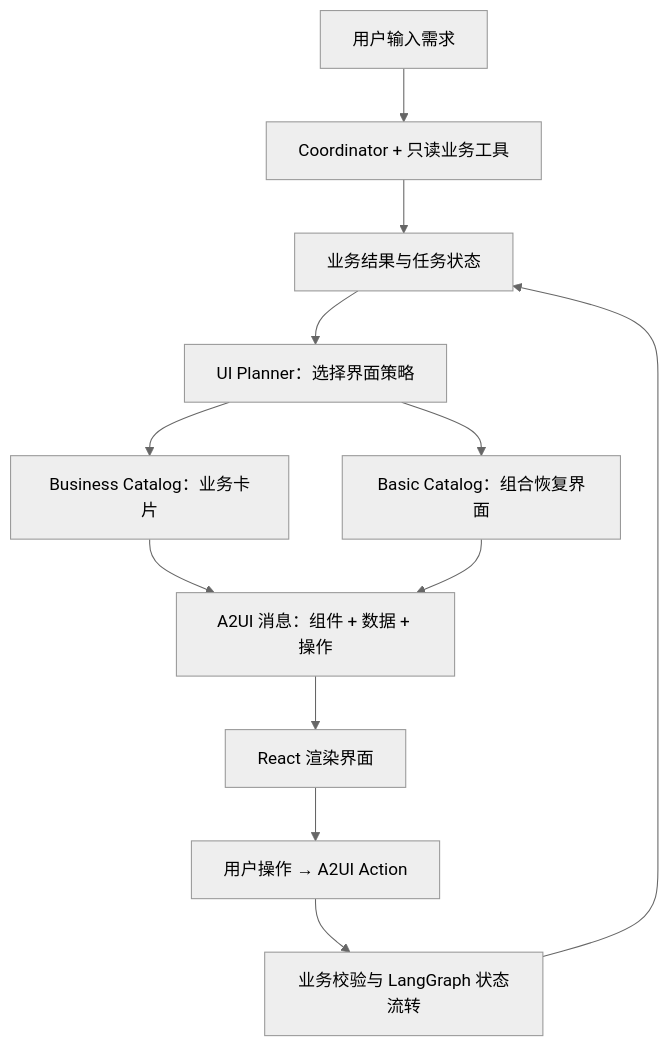
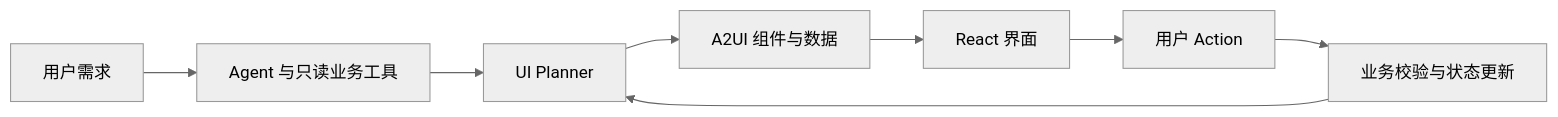
One commit to geomini1989-cpu/a2ui-telecom-service-demo changed the diagram in README.md. Above: the diagram before and after it, drawn with Mermaid (neutral theme). The commit also changed other lines of this file and 6 other files, not shown here.

Commit message:
docs: showcase real A2UI flow and simplify README

````diff
--- a/README.md
+++ b/README.md
@@ -82,14 +64,10 @@
 ```mermaid
-flowchart TD
-    U["用户输入需求"] --> A["Coordinator + 只读业务工具"]
-    A --> T["业务结果与任务状态"]
-    T --> P["UI Planner：选择界面策略"]
-    P --> B["Business Catalog：业务卡片"]
-    P --> C["Basic Catalog：组合恢复界面"]
-    B --> M["A2UI 消息：组件 + 数据 + 操作"]
-    C --> M
-    M --> R["React 渲染界面"]
-    R --> X["用户操作 → A2UI Action"]
-    X --> G["业务校验与 LangGraph 状态流转"]
-    G --> T
+flowchart LR
+    A["用户需求"] --> B["Agent 与只读业务工具"]
+    B --> C["UI Planner"]
+    C --> D["A2UI 组件与数据"]
+    D --> E["React 界面"]
+    E --> F["用户 Action"]
+    F --> G["业务校验与状态更新"]
+    G --> C
 ```
````
